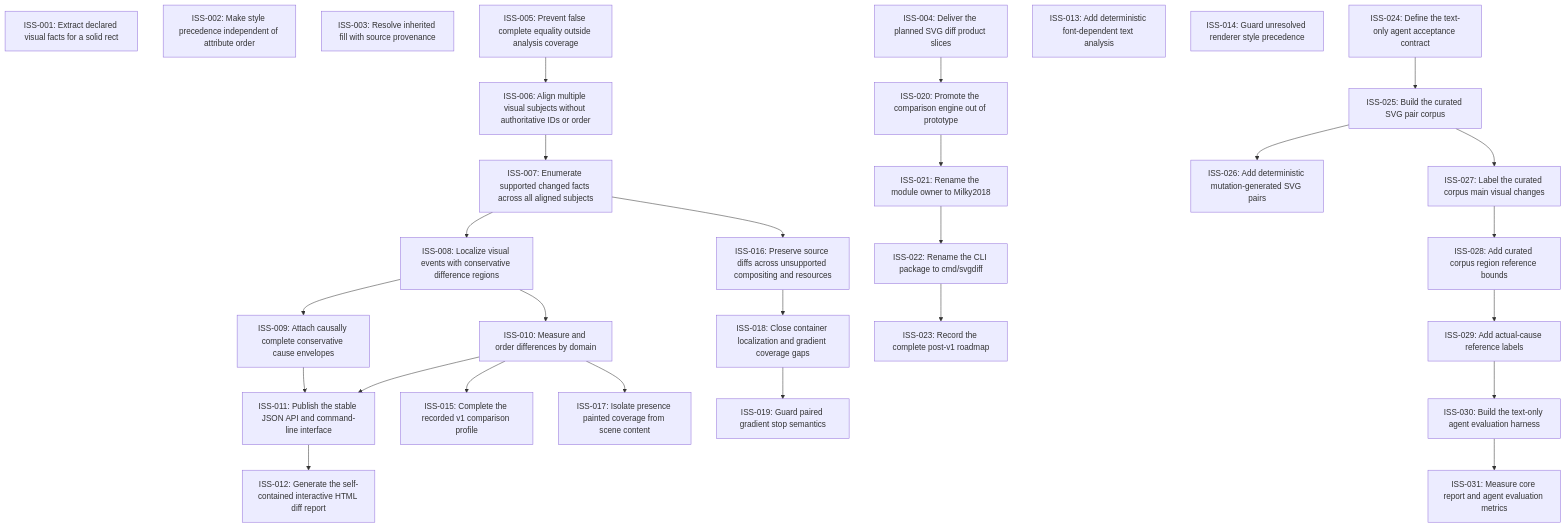
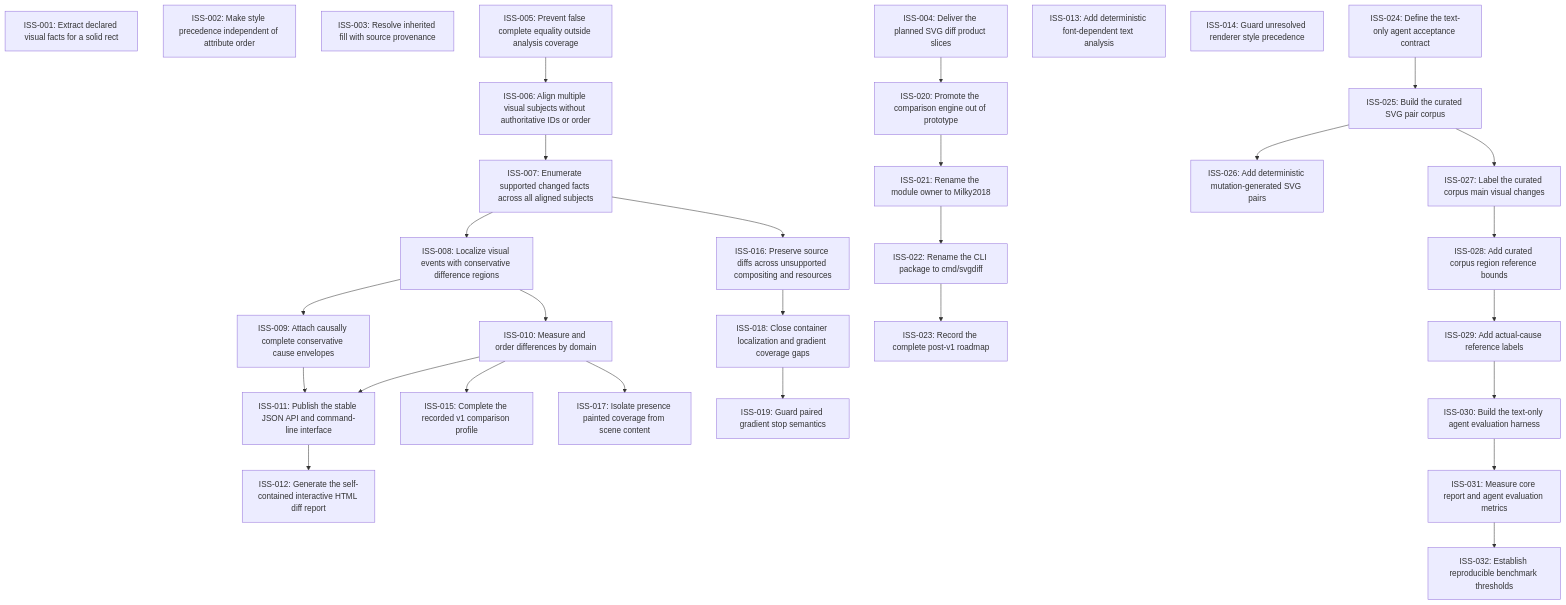
Before and after one commit to moonbit-community/svgdiff: the diagram in issues/README.md, drawn with Mermaid. The commit also changed 9 other files, not shown here.

Commit message:
Establish reproducible benchmark thresholds

````diff
--- a/issues/README.md
+++ b/issues/README.md
@@ -18,58 +18,60 @@
 ```mermaid
 graph TD
   ISS_001["ISS-001: Extract declared visual facts for a solid rect"]
   ISS_002["ISS-002: Make style precedence independent of attribute order"]
   ISS_003["ISS-003: Resolve inherited fill with source provenance"]
   ISS_004["ISS-004: Deliver the planned SVG diff product slices"]
   ISS_005["ISS-005: Prevent false complete equality outside analysis coverage"]
   ISS_006["ISS-006: Align multiple visual subjects without authoritative IDs or order"]
   ISS_007["ISS-007: Enumerate supported changed facts across all aligned subjects"]
   ISS_008["ISS-008: Localize visual events with conservative difference regions"]
   ISS_009["ISS-009: Attach causally complete conservative cause envelopes"]
   ISS_010["ISS-010: Measure and order differences by domain"]
   ISS_011["ISS-011: Publish the stable JSON API and command-line interface"]
   ISS_012["ISS-012: Generate the self-contained interactive HTML diff report"]
   ISS_013["ISS-013: Add deterministic font-dependent text analysis"]
   ISS_014["ISS-014: Guard unresolved renderer style precedence"]
   ISS_015["ISS-015: Complete the recorded v1 comparison profile"]
   ISS_016["ISS-016: Preserve source diffs across unsupported compositing and resources"]
   ISS_017["ISS-017: Isolate presence painted coverage from scene content"]
   ISS_018["ISS-018: Close container localization and gradient coverage gaps"]
   ISS_019["ISS-019: Guard paired gradient stop semantics"]
   ISS_020["ISS-020: Promote the comparison engine out of prototype"]
   ISS_021["ISS-021: Rename the module owner to Milky2018"]
   ISS_022["ISS-022: Rename the CLI package to cmd/svgdiff"]
   ISS_023["ISS-023: Record the complete post-v1 roadmap"]
   ISS_024["ISS-024: Define the text-only agent acceptance contract"]
   ISS_025["ISS-025: Build the curated SVG pair corpus"]
   ISS_026["ISS-026: Add deterministic mutation-generated SVG pairs"]
   ISS_027["ISS-027: Label the curated corpus main visual changes"]
   ISS_028["ISS-028: Add curated corpus region reference bounds"]
   ISS_029["ISS-029: Add actual-cause reference labels"]
   ISS_030["ISS-030: Build the text-only agent evaluation harness"]
   ISS_031["ISS-031: Measure core report and agent evaluation metrics"]
+  ISS_032["ISS-032: Establish reproducible benchmark thresholds"]
   ISS_005 --> ISS_006
   ISS_006 --> ISS_007
   ISS_007 --> ISS_008
   ISS_008 --> ISS_009
   ISS_008 --> ISS_010
   ISS_009 --> ISS_011
   ISS_010 --> ISS_011
   ISS_011 --> ISS_012
   ISS_010 --> ISS_015
   ISS_007 --> ISS_016
   ISS_010 --> ISS_017
   ISS_016 --> ISS_018
   ISS_018 --> ISS_019
   ISS_004 --> ISS_020
   ISS_020 --> ISS_021
   ISS_021 --> ISS_022
   ISS_022 --> ISS_023
   ISS_024 --> ISS_025
   ISS_025 --> ISS_026
   ISS_025 --> ISS_027
   ISS_027 --> ISS_028
   ISS_028 --> ISS_029
   ISS_029 --> ISS_030
   ISS_030 --> ISS_031
+  ISS_031 --> ISS_032
 ```
````
